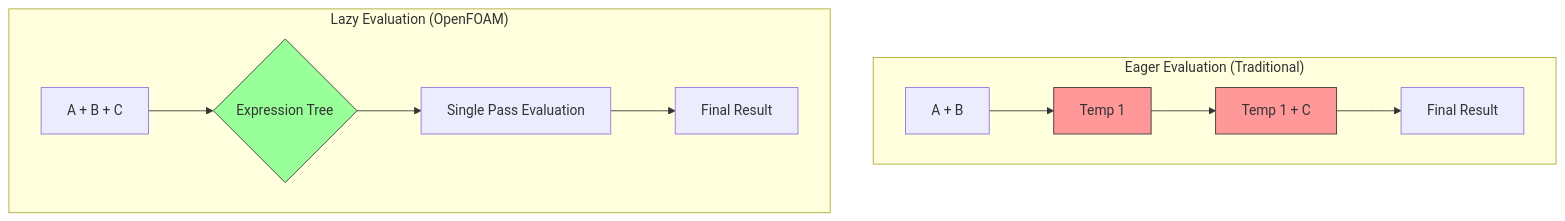
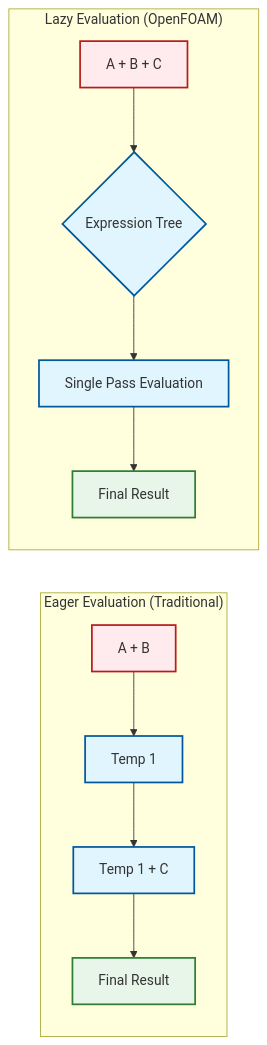
Before and after one commit to wramet/build-my-cfd: the diagram in MODULE_09_ADVANCED_TOPICS/CONTENT/05_PERFORMANCE_OPTIMIZATION/01_Introduction.md, drawn with Mermaid. The commit also changed 313 other files, not shown here.

Commit message:
Revise all diagram

````diff
--- a/MODULE_09_ADVANCED_TOPICS/CONTENT/05_PERFORMANCE_OPTIMIZATION/01_Introduction.md
+++ b/MODULE_09_ADVANCED_TOPICS/CONTENT/05_PERFORMANCE_OPTIMIZATION/01_Introduction.md
@@ -12,18 +12,19 @@
 ```mermaid
-graph TD
-    subgraph "Eager Evaluation (Traditional)"
-    E1[A + B] --> E2[Temp 1]
-    E2 --> E3[Temp 1 + C]
-    E3 --> E4[Final Result]
-    end
+graph LR
+classDef implicit fill:#e1f5fe,stroke:#01579b,stroke-width:2px
+classDef explicit fill:#ffebee,stroke:#b71c1c,stroke-width:2px
+classDef success fill:#e8f5e9,stroke:#2e7d32,stroke-width:2px
+subgraph "Eager Evaluation (Traditional)"
+direction TB
+E1[A + B]:::explicit --> E2[Temp 1]:::implicit
+E2 --> E3[Temp 1 + C]:::implicit
+E3 --> E4[Final Result]:::success
+end
 
-    subgraph "Lazy Evaluation (OpenFOAM)"
-    L1[A + B + C] --> L2{Expression Tree}
-    L2 --> L3[Single Pass Evaluation]
-    L3 --> L4[Final Result]
-    end
-
-    style E2 fill:#f99,stroke:#333
-    style E3 fill:#f99,stroke:#333
-    style L2 fill:#9f9,stroke:#333
+subgraph "Lazy Evaluation (OpenFOAM)"
+direction TB
+L1[A + B + C]:::explicit --> L2{Expression Tree}:::implicit
+L2 --> L3[Single Pass Evaluation]:::implicit
+L3 --> L4[Final Result]:::success
+end
 ```
````
